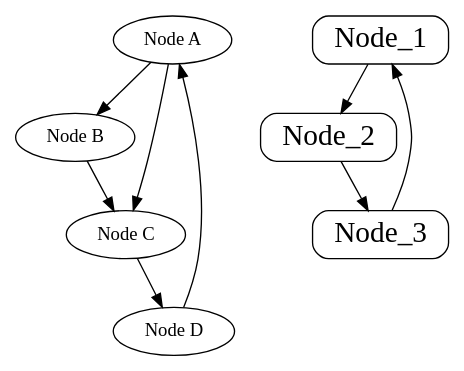
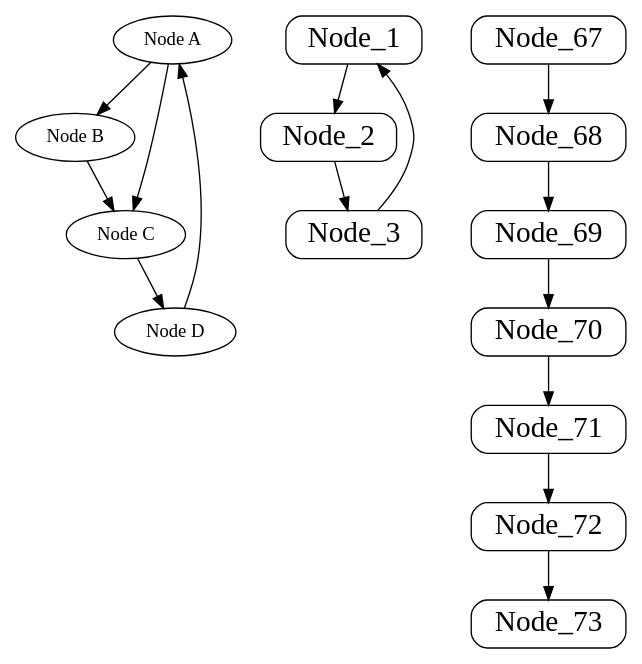
Before and after one commit to meysamkhazaee/dot_parser: the diagram in input/1.dot, drawn with Graphviz. The commit also changed 11 other files, not shown here.

```diff
--- a/input/1.dot
+++ b/input/1.dot
@@ -1,23 +1,42 @@
 digraph G {
     A [label="Node A"];
     B [label="Node B"];
     C [label="Node C"];
     D [label="Node D"];
 
     A -> B;
     A -> C;
     B -> C;
     C -> D;
     D -> A;
 
-    subgraph "sub_graph" 
+    subgraph "sub_graph_1" 
     {
-        label="sub_graph";
+        label="sub_graph_1";
         Node_1 [shape=Mrecord,fontsize=22,label="Node_1"];
         Node_2 [shape=Mrecord,fontsize=22,label="Node_2"];
         Node_3 [shape=Mrecord,fontsize=22,label="Node_3"];
         Node_1 -> Node_2 ;
         Node_2 -> Node_3 ;
         Node_3 -> Node_1 ;
     }
+
+    subgraph "sub_graph_2" 
+    {
+    label="sub_graph_2";
+    Node_67 [shape=Mrecord,fontsize=22,label="Node_67"];
+    Node_67 -> Node_68 ;
+    Node_68 [shape=Mrecord,fontsize=22,label="Node_68"];
+    Node_68 -> Node_69 ;
+    Node_69 [shape=Mrecord,fontsize=22,label="Node_69"];
+    Node_69 -> Node_70 ;
+    Node_70 [shape=Mrecord,fontsize=22,label="Node_70"];
+    Node_70 -> Node_71 ;
+    Node_71 [shape=Mrecord,fontsize=22,label="Node_71"];
+    Node_71 -> Node_72 ;
+    Node_72 [shape=Mrecord,fontsize=22,label="Node_72"];
+    Node_72 -> Node_73 ;
+    Node_73 [shape=Mrecord,fontsize=22,label="Node_73"];
+    }
+
 }
```
